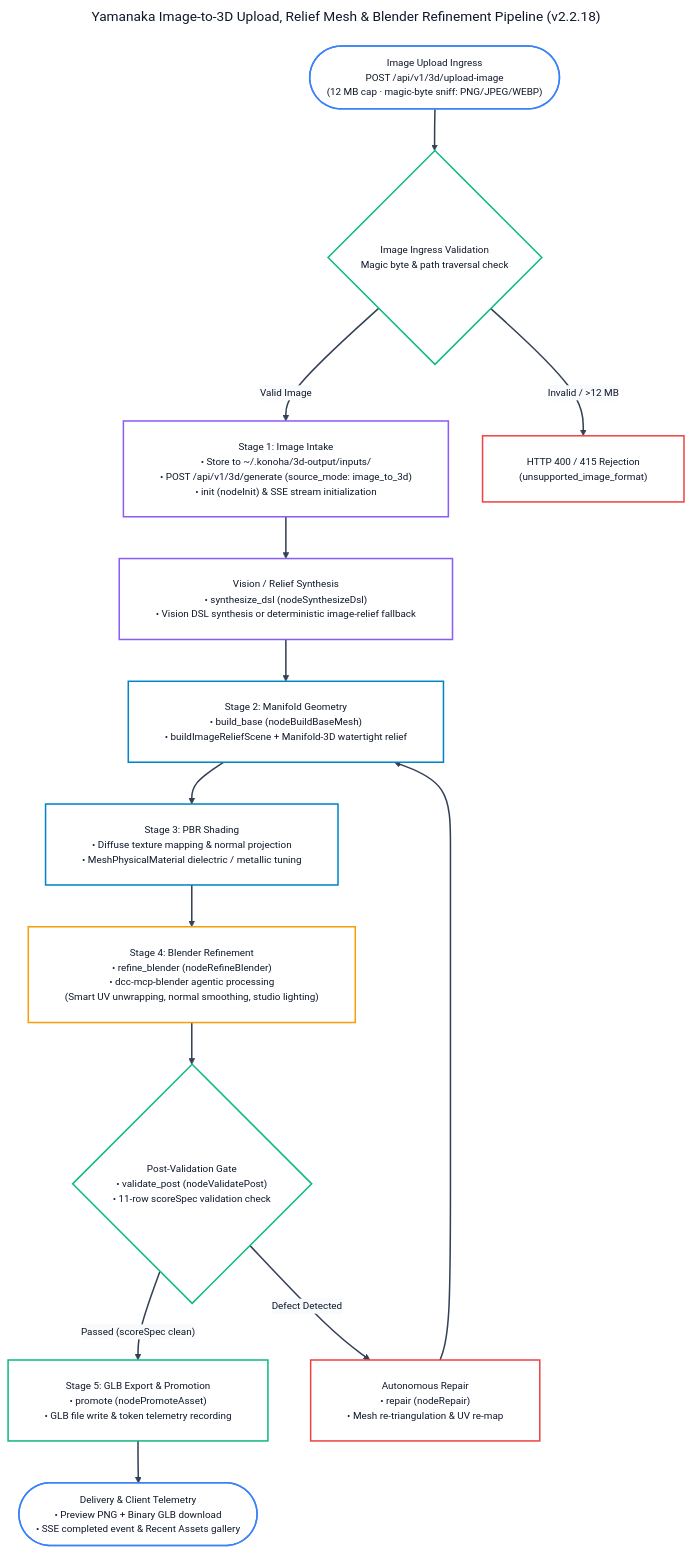
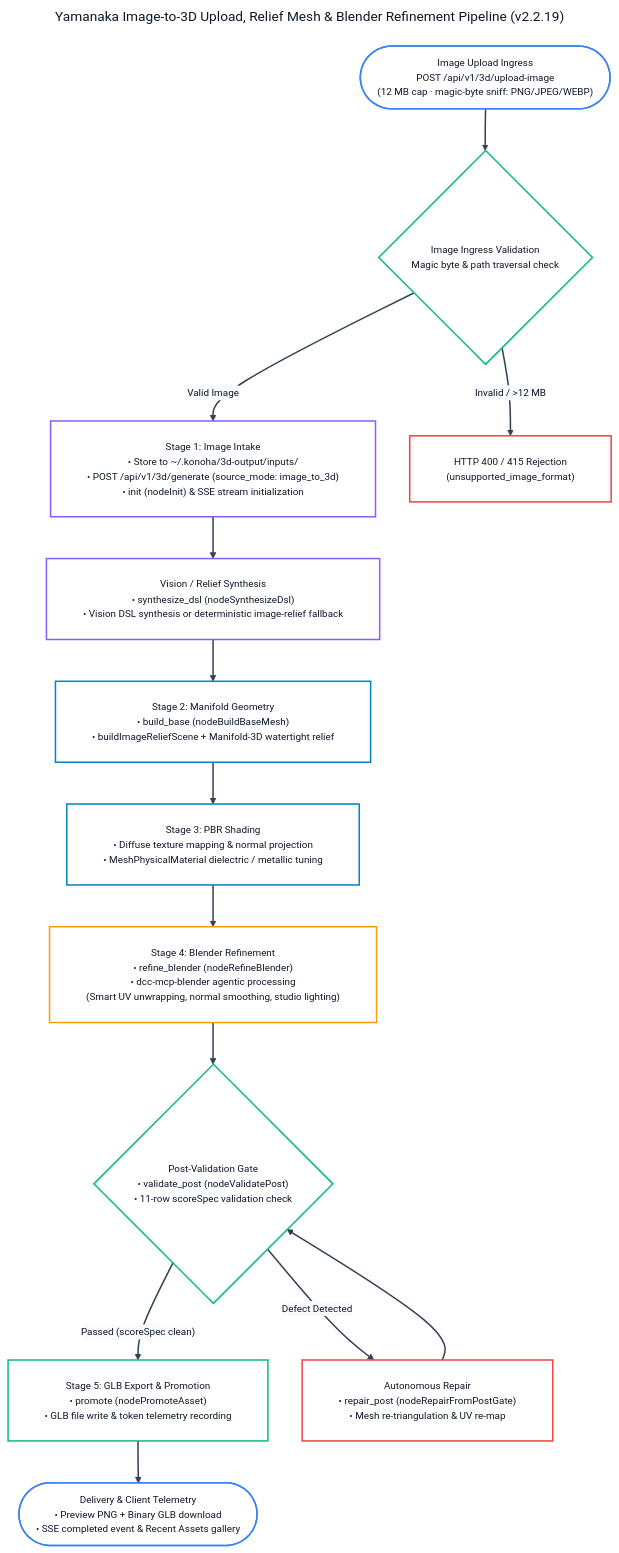
Diagram 19 of 19 in docs/ALL-WORKFLOW-DIAGRAMS.md (andycungkrinx91/konoha), drawn with Mermaid before and after one commit. The commit also changed other lines of this file and 184 other files, not shown here.

````diff
--- a/docs/ALL-WORKFLOW-DIAGRAMS.md
+++ b/docs/ALL-WORKFLOW-DIAGRAMS.md
@@ -1315,63 +1347,63 @@
 ```mermaid
 ---
-title: Yamanaka Image-to-3D Upload, Relief Mesh & Blender Refinement Pipeline (v2.2.18)
+title: Yamanaka Image-to-3D Upload, Relief Mesh & Blender Refinement Pipeline (v2.2.19)
 config:
   theme: base
   themeVariables:
     darkMode: false
     background: "#ffffff"
     mainBkg: "#ffffff"
     primaryColor: "#ffffff"
     primaryTextColor: "#0f172a"
     primaryBorderColor: "#8b5cf6"
     lineColor: "#334155"
     arrowheadColor: "#334155"
     secondaryColor: "#f8fafc"
     tertiaryColor: "#ffffff"
     fontFamily: "Inter, system-ui, -apple-system, sans-serif"
     fontSize: "13px"
   flowchart:
     nodeSpacing: 45
     rankSpacing: 55
     padding: 24
     wrappingWidth: 380
 ---
 flowchart TD
     ImgUpload(["Image Upload Ingress<br/>POST /api/v1/3d/upload-image<br/>(12 MB cap · magic-byte sniff: PNG/JPEG/WEBP)"]) --> UploadGate{"Image Ingress Validation<br/>Magic byte &amp; path traversal check"}
     
     UploadGate -- "Valid Image" --> StageInput["Stage 1: Image Intake<br/>• Store to ~/.konoha/3d-output/inputs/<br/>• POST /api/v1/3d/generate (source_mode: image_to_3d)<br/>• init (nodeInit) &amp; SSE stream initialization"]
     
     UploadGate -- "Invalid / >12 MB" --> UploadReject["HTTP 400 / 415 Rejection<br/>(unsupported_image_format)"]
     
     StageInput --> DslNode["Vision / Relief Synthesis<br/>• synthesize_dsl (nodeSynthesizeDsl)<br/>• Vision DSL synthesis or deterministic image-relief fallback"]
     
     DslNode --> BaseGeom["Stage 2: Manifold Geometry<br/>• build_base (nodeBuildBaseMesh)<br/>• buildImageReliefScene + Manifold-3D watertight relief"]
     
     BaseGeom --> PbrShade["Stage 3: PBR Shading<br/>• Diffuse texture mapping &amp; normal projection<br/>• MeshPhysicalMaterial dielectric / metallic tuning"]
     
     PbrShade --> BlenderRefine["Stage 4: Blender Refinement<br/>• refine_blender (nodeRefineBlender)<br/>• dcc-mcp-blender agentic processing<br/>(Smart UV unwrapping, normal smoothing, studio lighting)"]
     
     BlenderRefine --> PostGate{"Post-Validation Gate<br/>• validate_post (nodeValidatePost)<br/>• 11-row scoreSpec validation check"}
     
     PostGate -- "Passed (scoreSpec clean)" --> PromoteStage["Stage 5: GLB Export &amp; Promotion<br/>• promote (nodePromoteAsset)<br/>• GLB file write &amp; token telemetry recording"]
     
-    PostGate -- "Defect Detected" --> RepairLoop["Autonomous Repair<br/>• repair (nodeRepair)<br/>• Mesh re-triangulation &amp; UV re-map"]
-    RepairLoop --> BaseGeom
+    PostGate -- "Defect Detected" --> RepairLoop["Autonomous Repair<br/>• repair_post (nodeRepairFromPostGate)<br/>• Mesh re-triangulation &amp; UV re-map"]
+    RepairLoop --> PostGate
     
     PromoteStage --> FinalOutput(["Delivery &amp; Client Telemetry<br/>• Preview PNG + Binary GLB download<br/>• SSE completed event &amp; Recent Assets gallery"])
 
     linkStyle default stroke:#334155,stroke-width:2px;
     classDef startEnd fill:#ffffff,stroke:#3b82f6,color:#0f172a,stroke-width:2px;
     classDef intakeNode fill:#ffffff,stroke:#8b5cf6,color:#0f172a,stroke-width:2px;
     classDef geomNode fill:#ffffff,stroke:#0284c7,color:#0f172a,stroke-width:2px;
     classDef refineNode fill:#ffffff,stroke:#f59e0b,color:#0f172a,stroke-width:2px;
     classDef gateNode fill:#ffffff,stroke:#10b981,color:#0f172a,stroke-width:2px;
     classDef errNode fill:#ffffff,stroke:#ef4444,color:#0f172a,stroke-width:2px;
 
     class ImgUpload,FinalOutput startEnd;
     class StageInput,DslNode intakeNode;
     class BaseGeom,PbrShade geomNode;
     class BlenderRefine refineNode;
     class UploadGate,PostGate,PromoteStage gateNode;
     class UploadReject,RepairLoop errNode;
 ```
````
